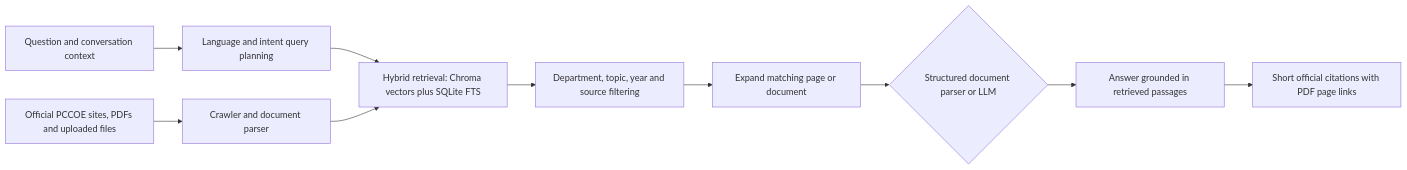
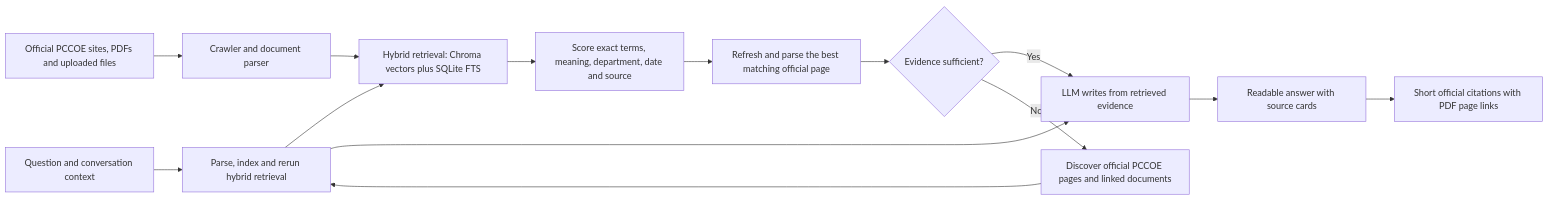
Before and after one commit to Shrav2005/GEN-AI-CAPSTONE: the diagram in README.md, drawn with Mermaid. The commit also changed other lines of this file and 11 other files, not shown here.

````diff
--- a/README.md
+++ b/README.md
@@ -27,12 +27,16 @@
 ```mermaid
 flowchart LR
   Q[Question and conversation context] --> P[Language and intent query planning]
   P --> R[Hybrid retrieval: Chroma vectors plus SQLite FTS]
-  R --> F[Department, topic, year and source filtering]
-  F --> X[Expand matching page or document]
-  X --> G{Structured document parser or LLM}
-  G --> A[Answer grounded in retrieved passages]
+  R --> F[Score exact terms, meaning, department, date and source]
+  F --> X[Refresh and parse the best matching official page]
+  X --> W{Evidence sufficient?}
+  W -->|Yes| G[LLM writes from retrieved evidence]
+  W -->|No| L[Discover official PCCOE pages and linked documents]
+  L --> P[Parse, index and rerun hybrid retrieval]
+  P --> G
+  G --> A[Readable answer with source cards]
   A --> C[Short official citations with PDF page links]
   S[Official PCCOE sites, PDFs and uploaded files] --> I[Crawler and document parser]
   I --> R
 ```
````
